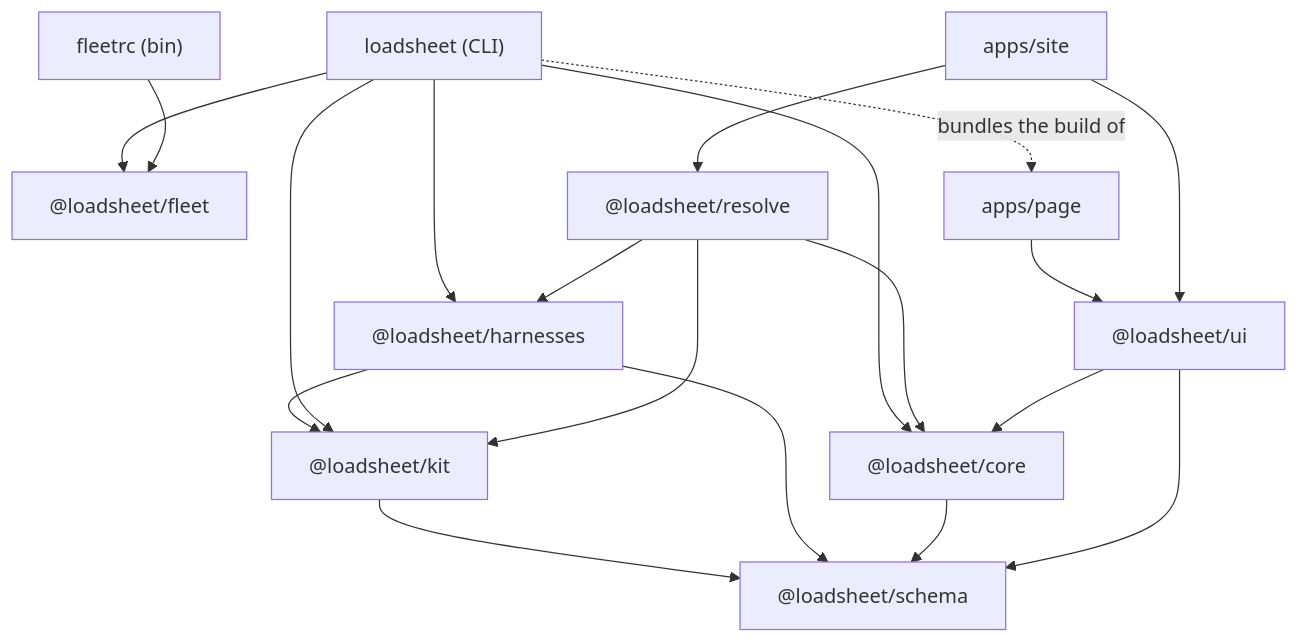
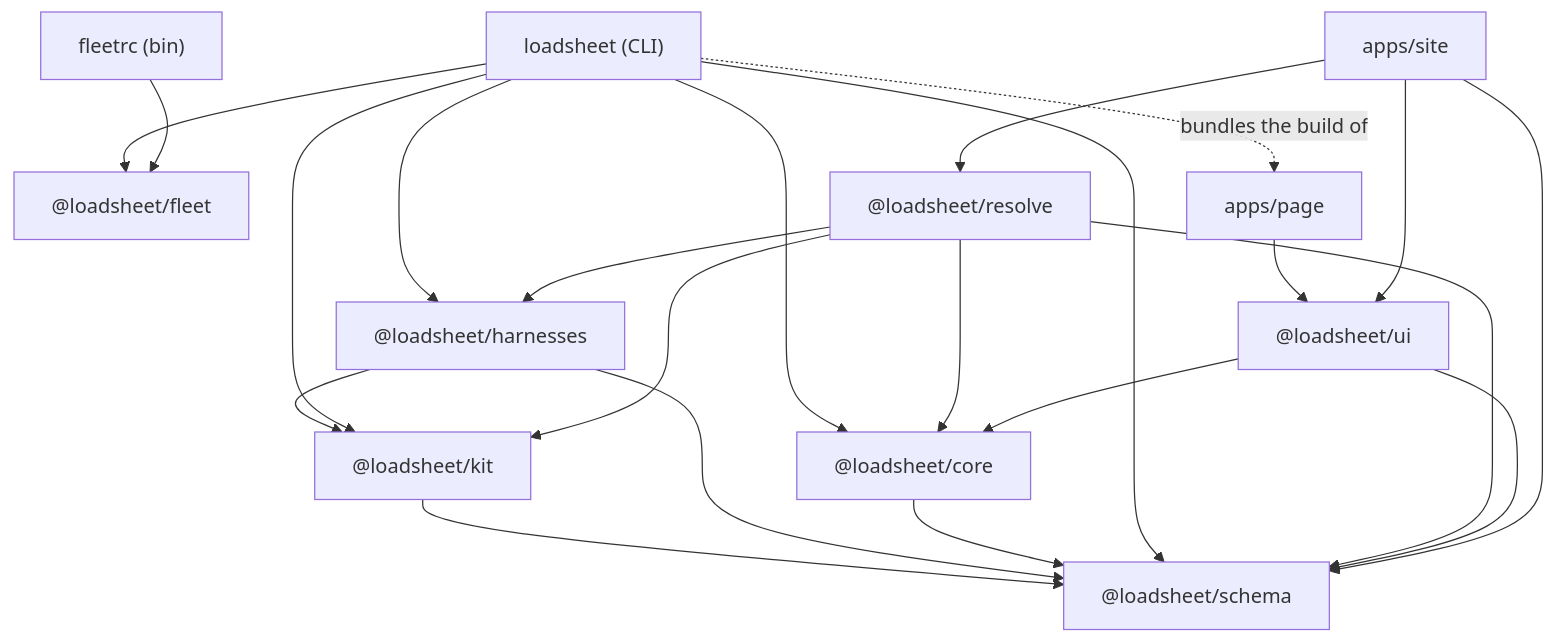
One commit to loadsheet/loadsheet changed the diagram in SPEC.md. Above: the diagram before and after it, drawn with Mermaid. The commit also changed other lines of this file, not shown here.

````diff
--- a/SPEC.md
+++ b/SPEC.md
@@ -28,33 +30,36 @@
 ```mermaid
 graph TD
   schema["@loadsheet/schema"]
   kit["@loadsheet/kit"]
   harnesses["@loadsheet/harnesses"]
   core["@loadsheet/core"]
   fleet["@loadsheet/fleet"]
   cli["loadsheet (CLI)"]
   resolve["@loadsheet/resolve"]
   ui["@loadsheet/ui"]
   page["apps/page"]
   site["apps/site"]
   fleetrc["fleetrc (bin)"]
 
   kit --> schema
   harnesses --> kit
   harnesses --> schema
   core --> schema
   cli --> core
   cli --> harnesses
   cli --> kit
   cli --> fleet
+  cli --> schema
   cli -. bundles the build of .-> page
   resolve --> core
   resolve --> harnesses
   resolve --> kit
+  resolve --> schema
   ui --> core
   ui --> schema
   page --> ui
   site --> ui
   site --> resolve
+  site --> schema
   fleetrc --> fleet
 ```
````
